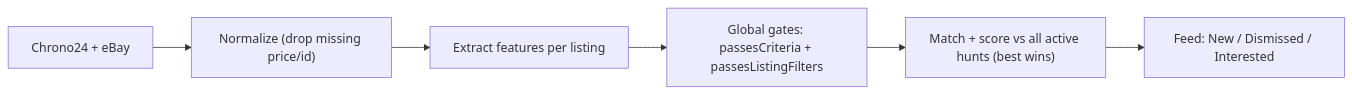
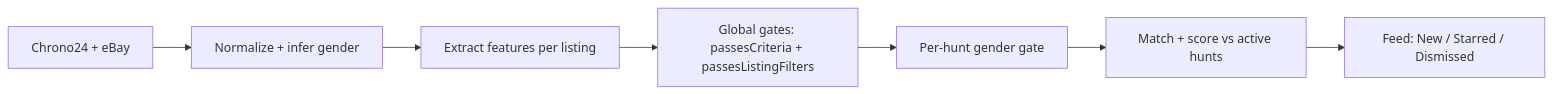
Before and after one commit to Jolien-Product-Manager/GoodFinds2.0: the diagram in .cursor/docs/hunt-feed-filtering-criteria.md, drawn with Mermaid. The commit also changed other lines of this file and 18 other files, not shown here.

First line of the commit message:
Fix hunt Watch-list matching, gender gates, and marketplace ingestion.

````diff
--- a/.cursor/docs/hunt-feed-filtering-criteria.md
+++ b/.cursor/docs/hunt-feed-filtering-criteria.md
@@ -37,8 +25,9 @@
 ```mermaid
 flowchart LR
-  Fetch["Chrono24 + eBay"] --> Norm["Normalize (drop missing price/id)"]
+  Fetch["Chrono24 + eBay"] --> Norm["Normalize + infer gender"]
   Norm --> Extract["Extract features per listing"]
   Extract --> Gates["Global gates: passesCriteria + passesListingFilters"]
-  Gates --> Match["Match + score vs all active hunts (best wins)"]
-  Match --> Feed["Feed: New / Dismissed / Interested"]
+  Gates --> GenderGate["Per-hunt gender gate"]
+  GenderGate --> Match["Match + score vs active hunts"]
+  Match --> Feed["Feed: New / Starred / Dismissed"]
 ```
````
